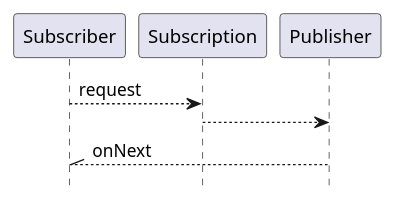
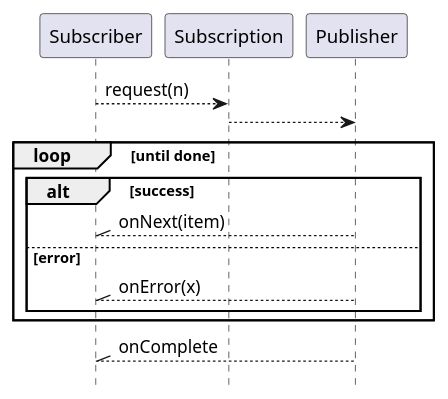
Before and after one commit to corneil/reactive-spring-5: the diagram in src/docs/asciidoc/reactive-streams-seq2.puml, drawn with PlantUML. The commit also changed 1 other file, not shown here.

```diff
--- a/src/docs/asciidoc/reactive-streams-seq2.puml
+++ b/src/docs/asciidoc/reactive-streams-seq2.puml
@@ -1,9 +1,16 @@
 @startuml
 hide footbox
 
-Subscriber --> Subscription : request
+Subscriber --> Subscription : request(n)
 Subscription --> Publisher
 
-Publisher --\\ Subscriber : onNext
 
+loop until done
+    alt success
+        Publisher --\\ Subscriber : onNext(item)
+    else error
+        Publisher --\\ Subscriber : onError(x)
+    end
+end
+Publisher --\\ Subscriber : onComplete
 @enduml
```
